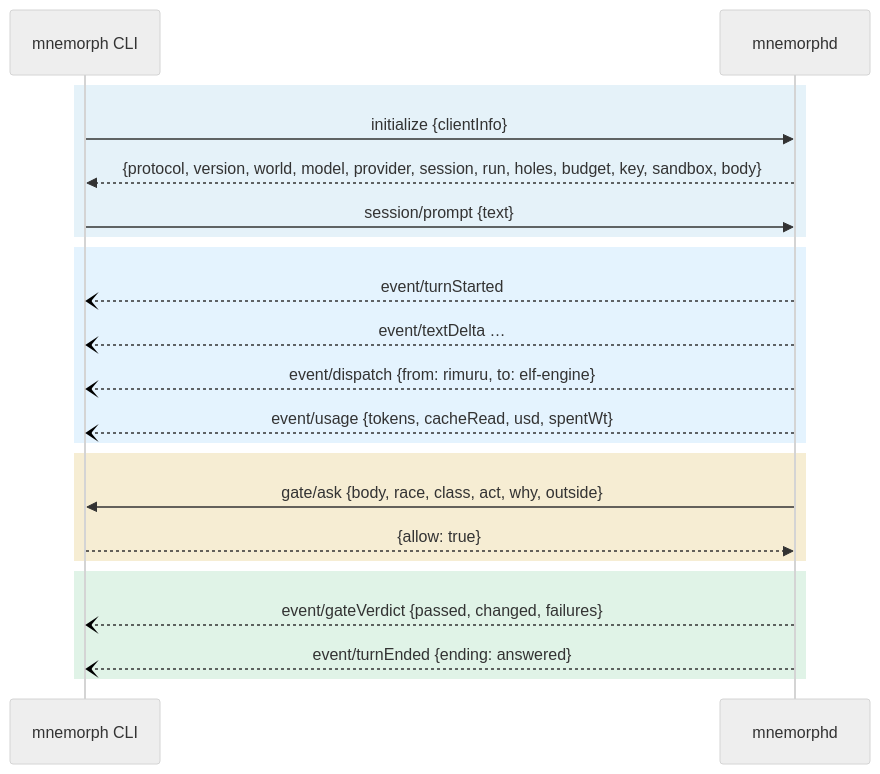
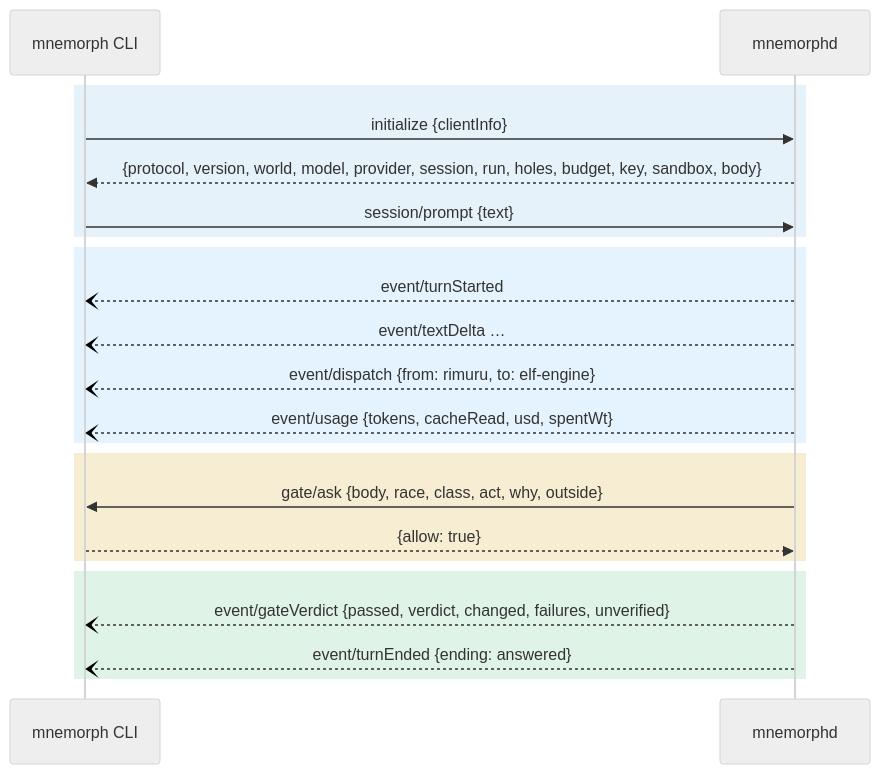
One commit to Kaginari/mnemorph changed the fourth of 4 diagrams in docs/04-communication.md. Above: the diagram before and after it, drawn with Mermaid. The commit also changed 14 other files, not shown here.

````diff
--- a/docs/04-communication.md
+++ b/docs/04-communication.md
@@ -320,31 +320,31 @@
 ```mermaid
 ---
 config:
   look: handDrawn
   theme: neutral
   flowchart:
     wrappingWidth: 360
 ---
 sequenceDiagram
     participant CLI as mnemorph CLI
     participant D as mnemorphd
     rect rgba(2,132,199,0.10)
     CLI->>D: initialize {clientInfo}
     D-->>CLI: {protocol, version, world, model, provider, session, run, holes, budget, key, sandbox, body}
     CLI->>D: session/prompt {text}
     end
     rect rgba(63,169,245,0.14)
     D--)CLI: event/turnStarted
     D--)CLI: event/textDelta …
     D--)CLI: event/dispatch {from: rimuru, to: elf-engine}
     D--)CLI: event/usage {tokens, cacheRead, usd, spentWt}
     end
     rect rgba(212,175,55,0.22)
     D->>CLI: gate/ask {body, race, class, act, why, outside}
     CLI-->>D: {allow: true}
     end
     rect rgba(22,163,74,0.13)
-    D--)CLI: event/gateVerdict {passed, changed, failures}
+    D--)CLI: event/gateVerdict {passed, verdict, changed, failures, unverified}
     D--)CLI: event/turnEnded {ending: answered}
     end
 ```
````
